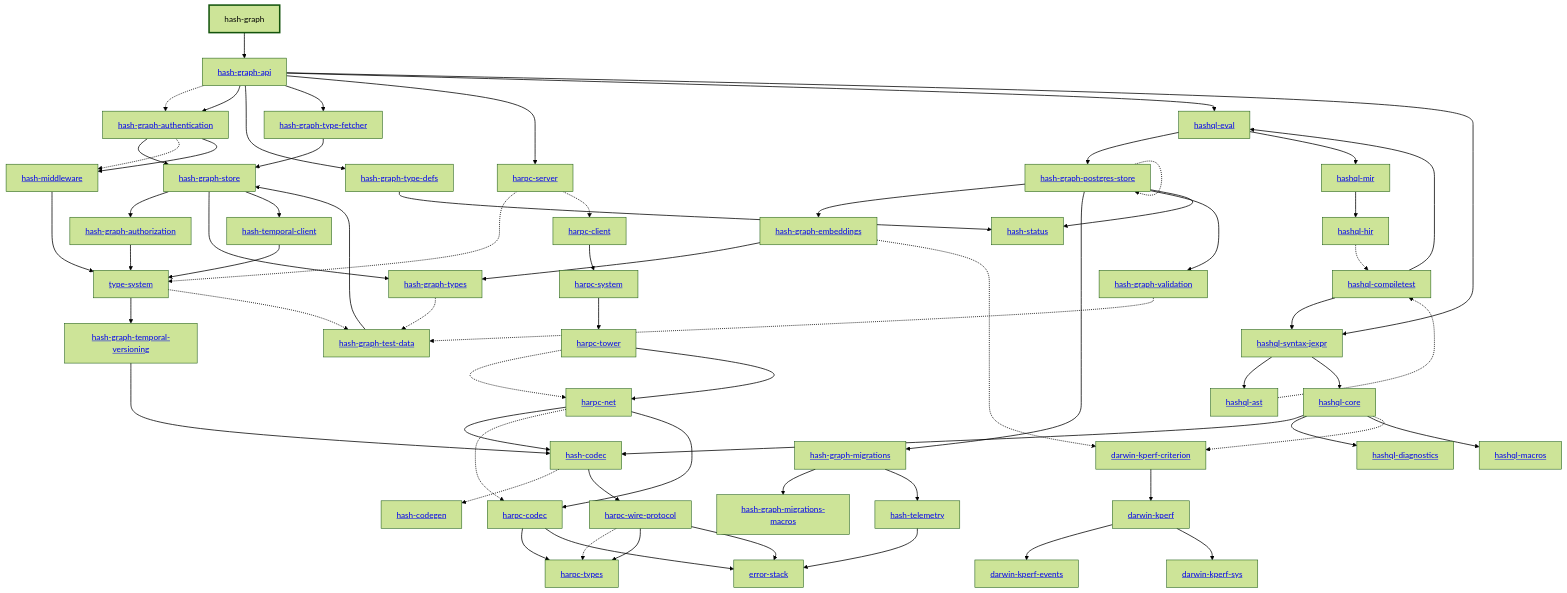
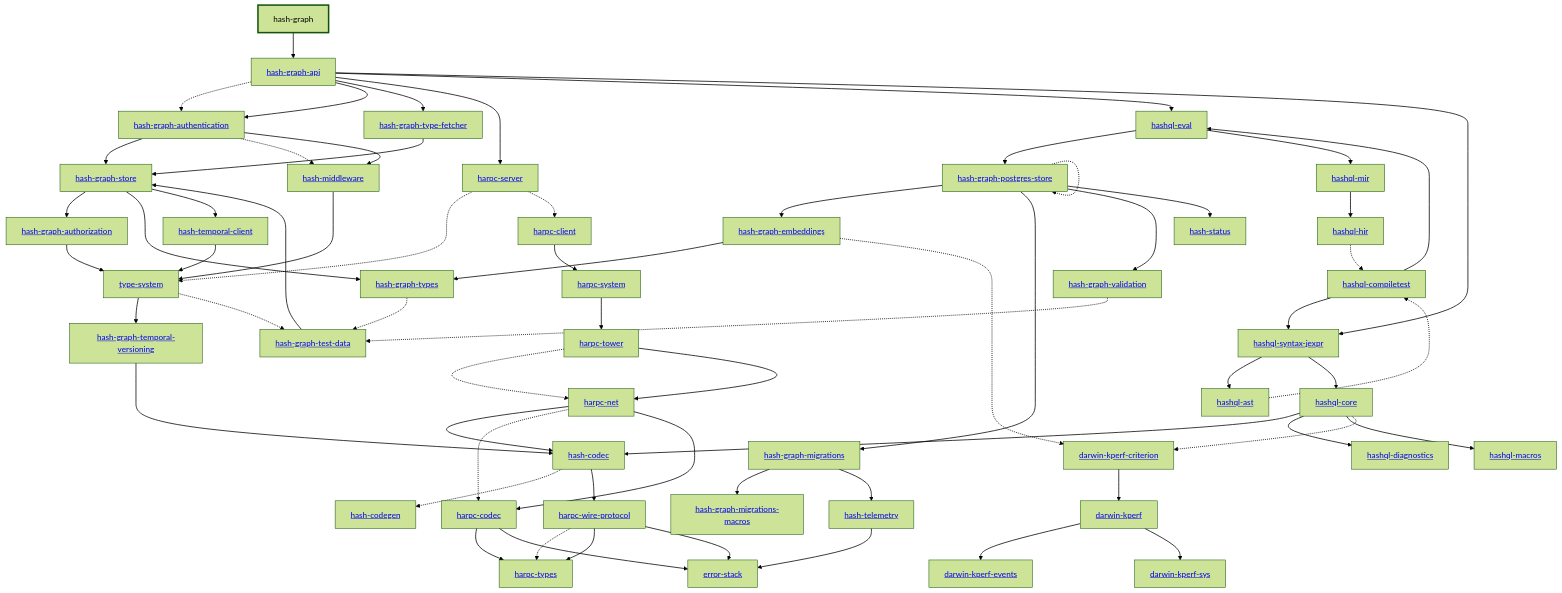
The diagram in apps/hash-graph/docs/dependency-diagram.mmd (hashintel/hash), drawn with Mermaid (forest theme) before and after one commit. The commit also changed 27 other files, not shown here.

First line of the commit message:
SRE-986: Dissolve the graph type-defs crate into the graph API

```diff
--- a/apps/hash-graph/docs/dependency-diagram.mmd
+++ b/apps/hash-graph/docs/dependency-diagram.mmd
@@ -1,122 +1,119 @@
 graph TD
     linkStyle default stroke-width:1.5px
     classDef default stroke-width:1px
     classDef root stroke-width:3px
     classDef dev stroke-width:1px
     classDef build stroke-width:1px
     %% Legend
     %% --> : Normal dependency
     %% -.-> : Dev dependency
     %% ---> : Build dependency
     0[hash-graph]
     class 0 root
     1[<a href="../type_system/index.html">type-system</a>]
     2[<a href="../hash_codec/index.html">hash-codec</a>]
     3[<a href="../hash_codegen/index.html">hash-codegen</a>]
     4[<a href="../hash_graph_api/index.html">hash-graph-api</a>]
     5[<a href="../hash_graph_authentication/index.html">hash-graph-authentication</a>]
     6[<a href="../hash_graph_authorization/index.html">hash-graph-authorization</a>]
     7[<a href="../hash_graph_embeddings/index.html">hash-graph-embeddings</a>]
     8[<a href="../hash_graph_migrations/index.html">hash-graph-migrations</a>]
     9[<a href="../hash_graph_migrations_macros/index.html">hash-graph-migrations-macros</a>]
     10[<a href="../hash_graph_postgres_store/index.html">hash-graph-postgres-store</a>]
     11[<a href="../hash_graph_store/index.html">hash-graph-store</a>]
     12[<a href="../hash_graph_temporal_versioning/index.html">hash-graph-temporal-versioning</a>]
-    13[<a href="../hash_graph_type_defs/index.html">hash-graph-type-defs</a>]
-    14[<a href="../hash_graph_type_fetcher/index.html">hash-graph-type-fetcher</a>]
-    15[<a href="../hash_graph_types/index.html">hash-graph-types</a>]
-    16[<a href="../hash_graph_validation/index.html">hash-graph-validation</a>]
-    17[<a href="../harpc_client/index.html">harpc-client</a>]
-    18[<a href="../harpc_codec/index.html">harpc-codec</a>]
-    19[<a href="../harpc_net/index.html">harpc-net</a>]
-    20[<a href="../harpc_server/index.html">harpc-server</a>]
-    21[<a href="../harpc_system/index.html">harpc-system</a>]
-    22[<a href="../harpc_tower/index.html">harpc-tower</a>]
-    23[<a href="../harpc_types/index.html">harpc-types</a>]
-    24[<a href="../harpc_wire_protocol/index.html">harpc-wire-protocol</a>]
-    25[<a href="../hashql_ast/index.html">hashql-ast</a>]
-    26[<a href="../hashql_compiletest/index.html">hashql-compiletest</a>]
-    27[<a href="../hashql_core/index.html">hashql-core</a>]
-    28[<a href="../hashql_diagnostics/index.html">hashql-diagnostics</a>]
-    29[<a href="../hashql_eval/index.html">hashql-eval</a>]
-    30[<a href="../hashql_hir/index.html">hashql-hir</a>]
-    31[<a href="../hashql_macros/index.html">hashql-macros</a>]
-    32[<a href="../hashql_mir/index.html">hashql-mir</a>]
-    33[<a href="../hashql_syntax_jexpr/index.html">hashql-syntax-jexpr</a>]
-    34[<a href="../hash_middleware/index.html">hash-middleware</a>]
-    35[<a href="../hash_status/index.html">hash-status</a>]
-    36[<a href="../hash_telemetry/index.html">hash-telemetry</a>]
-    37[<a href="../hash_temporal_client/index.html">hash-temporal-client</a>]
-    38[<a href="../darwin_kperf/index.html">darwin-kperf</a>]
-    39[<a href="../darwin_kperf_criterion/index.html">darwin-kperf-criterion</a>]
-    40[<a href="../darwin_kperf_events/index.html">darwin-kperf-events</a>]
-    41[<a href="../darwin_kperf_sys/index.html">darwin-kperf-sys</a>]
-    42[<a href="../error_stack/index.html">error-stack</a>]
-    43[<a href="../hash_graph_test_data/index.html">hash-graph-test-data</a>]
+    13[<a href="../hash_graph_type_fetcher/index.html">hash-graph-type-fetcher</a>]
+    14[<a href="../hash_graph_types/index.html">hash-graph-types</a>]
+    15[<a href="../hash_graph_validation/index.html">hash-graph-validation</a>]
+    16[<a href="../harpc_client/index.html">harpc-client</a>]
+    17[<a href="../harpc_codec/index.html">harpc-codec</a>]
+    18[<a href="../harpc_net/index.html">harpc-net</a>]
+    19[<a href="../harpc_server/index.html">harpc-server</a>]
+    20[<a href="../harpc_system/index.html">harpc-system</a>]
+    21[<a href="../harpc_tower/index.html">harpc-tower</a>]
+    22[<a href="../harpc_types/index.html">harpc-types</a>]
+    23[<a href="../harpc_wire_protocol/index.html">harpc-wire-protocol</a>]
+    24[<a href="../hashql_ast/index.html">hashql-ast</a>]
+    25[<a href="../hashql_compiletest/index.html">hashql-compiletest</a>]
+    26[<a href="../hashql_core/index.html">hashql-core</a>]
+    27[<a href="../hashql_diagnostics/index.html">hashql-diagnostics</a>]
+    28[<a href="../hashql_eval/index.html">hashql-eval</a>]
+    29[<a href="../hashql_hir/index.html">hashql-hir</a>]
+    30[<a href="../hashql_macros/index.html">hashql-macros</a>]
+    31[<a href="../hashql_mir/index.html">hashql-mir</a>]
+    32[<a href="../hashql_syntax_jexpr/index.html">hashql-syntax-jexpr</a>]
+    33[<a href="../hash_middleware/index.html">hash-middleware</a>]
+    34[<a href="../hash_status/index.html">hash-status</a>]
+    35[<a href="../hash_telemetry/index.html">hash-telemetry</a>]
+    36[<a href="../hash_temporal_client/index.html">hash-temporal-client</a>]
+    37[<a href="../darwin_kperf/index.html">darwin-kperf</a>]
+    38[<a href="../darwin_kperf_criterion/index.html">darwin-kperf-criterion</a>]
+    39[<a href="../darwin_kperf_events/index.html">darwin-kperf-events</a>]
+    40[<a href="../darwin_kperf_sys/index.html">darwin-kperf-sys</a>]
+    41[<a href="../error_stack/index.html">error-stack</a>]
+    42[<a href="../hash_graph_test_data/index.html">hash-graph-test-data</a>]
     0 --> 4
     1 --> 12
-    1 -.-> 43
+    1 -.-> 42
     2 -.-> 3
-    2 --> 24
+    2 --> 23
     4 -.-> 5
     4 --> 5
     4 --> 13
-    4 --> 14
-    4 --> 20
-    4 --> 29
-    4 --> 33
+    4 --> 19
+    4 --> 28
+    4 --> 32
     5 --> 11
-    5 -.-> 34
-    5 --> 34
+    5 -.-> 33
+    5 --> 33
     6 --> 1
-    7 --> 15
-    7 -.-> 39
+    7 --> 14
+    7 -.-> 38
     8 --> 9
-    8 --> 36
+    8 --> 35
     10 --> 7
     10 --> 8
     10 -.-> 10
-    10 --> 16
-    10 --> 35
+    10 --> 15
+    10 --> 34
     11 --> 6
-    11 --> 15
-    11 --> 37
+    11 --> 14
+    11 --> 36
     12 --> 2
-    13 --> 35
-    14 --> 11
-    15 -.-> 43
-    16 -.-> 43
-    17 --> 21
-    18 --> 23
-    18 --> 42
-    19 --> 2
-    19 -.-> 18
-    19 --> 18
-    20 -.-> 1
-    20 -.-> 17
-    21 --> 22
-    22 -.-> 19
-    22 --> 19
-    24 -.-> 23
-    24 --> 23
-    24 --> 42
-    25 -.-> 26
-    26 --> 29
-    26 --> 33
-    27 --> 2
-    27 --> 28
-    27 --> 31
-    27 -.-> 39
-    29 --> 10
-    29 --> 32
-    30 -.-> 26
-    32 --> 30
-    33 --> 25
-    33 --> 27
-    34 --> 1
-    36 --> 42
-    37 --> 1
-    38 --> 40
-    38 --> 41
-    39 --> 38
-    43 --> 11
+    13 --> 11
+    14 -.-> 42
+    15 -.-> 42
+    16 --> 20
+    17 --> 22
+    17 --> 41
+    18 --> 2
+    18 -.-> 17
+    18 --> 17
+    19 -.-> 1
+    19 -.-> 16
+    20 --> 21
+    21 -.-> 18
+    21 --> 18
+    23 -.-> 22
+    23 --> 22
+    23 --> 41
+    24 -.-> 25
+    25 --> 28
+    25 --> 32
+    26 --> 2
+    26 --> 27
+    26 --> 30
+    26 -.-> 38
+    28 --> 10
+    28 --> 31
+    29 -.-> 25
+    31 --> 29
+    32 --> 24
+    32 --> 26
+    33 --> 1
+    35 --> 41
+    36 --> 1
+    37 --> 39
+    37 --> 40
+    38 --> 37
+    42 --> 11
```
